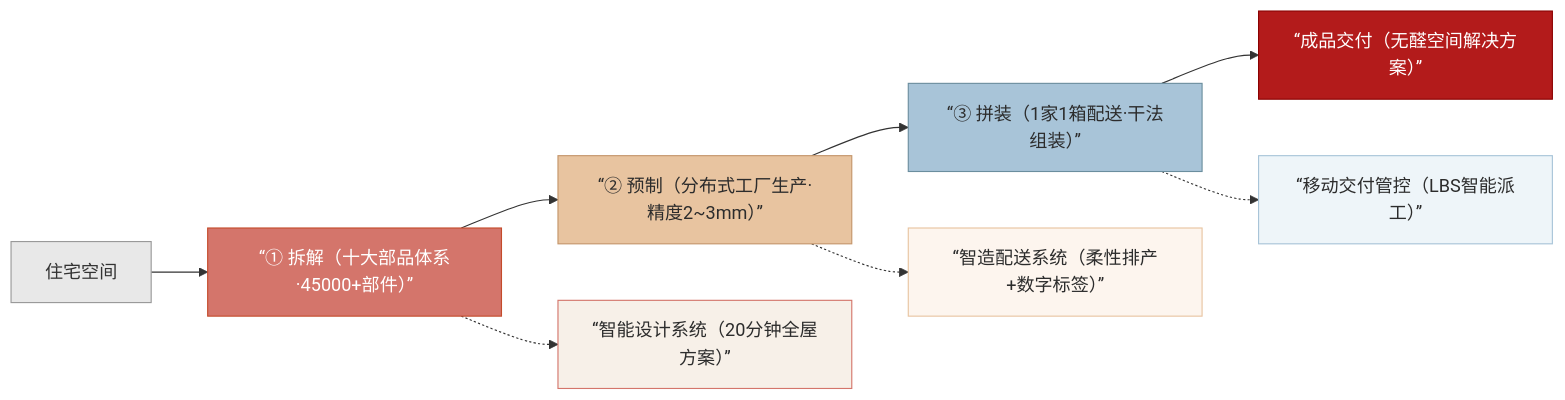
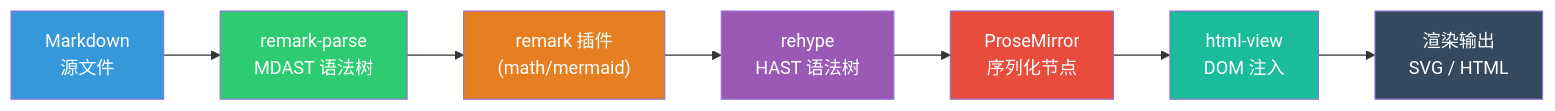
Before and after one commit to byteuser1977/ColaMD-extend: the first of 3 diagrams in docs/academic-demo.md, drawn with Mermaid. The commit also changed other lines of this file and 4 other files, not shown here.

````diff
--- a/docs/academic-demo.md
+++ b/docs/academic-demo.md
@@ -208,20 +72,17 @@
 ```mermaid
 flowchart LR
-    A[住宅空间] --> B[“① 拆解（十大部品体系·45000+部件）”]
-    B --> C[“② 预制（分布式工厂生产·精度2~3mm）”]
-    C --> D[“③ 拼装（1家1箱配送·干法组装）”]
-    D --> E[“成品交付（无醛空间解决方案）”]
+    A["Markdown<br/>源文件"] --> B["remark-parse<br/>MDAST 语法树"]
+    B --> C["remark 插件<br/>(math/mermaid)"]
+    C --> D["rehype<br/>HAST 语法树"]
+    D --> E["ProseMirror<br/>序列化节点"]
+    E --> F["html-view<br/>DOM 注入"]
+    F --> G["渲染输出<br/>SVG / HTML"]
 
-    B -.-> F[“智能设计系统（20分钟全屋方案）”]
-    C -.-> G[“智造配送系统（柔性排产+数字标签）”]
-    D -.-> H[“移动交付管控（LBS智能派工）”]
-
-    style A fill:#e8e8e8,color:#333,stroke:#999
-    style B fill:#d4756b,color:#fff,stroke:#c44b2b
-    style C fill:#e8c4a0,color:#2c2c2c,stroke:#c4956a
-    style D fill:#a8c4d8,color:#2c2c2c,stroke:#6b8e9e
-    style E fill:#b31b1b,color:#fff,stroke:#8b0000
-    style F fill:#f7f0e8,color:#2c2c2c,stroke:#d4756b
-    style G fill:#fdf5ee,color:#2c2c2c,stroke:#e8c4a0
-    style H fill:#eef5f9,color:#2c2c2c,stroke:#a8c4d8
+    style A fill:#3498DB,color:#fff
+    style B fill:#2ECC71,color:#fff
+    style C fill:#E67E22,color:#fff
+    style D fill:#9B59B6,color:#fff
+    style E fill:#E74C3C,color:#fff
+    style F fill:#1ABC9C,color:#fff
+    style G fill:#34495E,color:#fff
 ```
````
